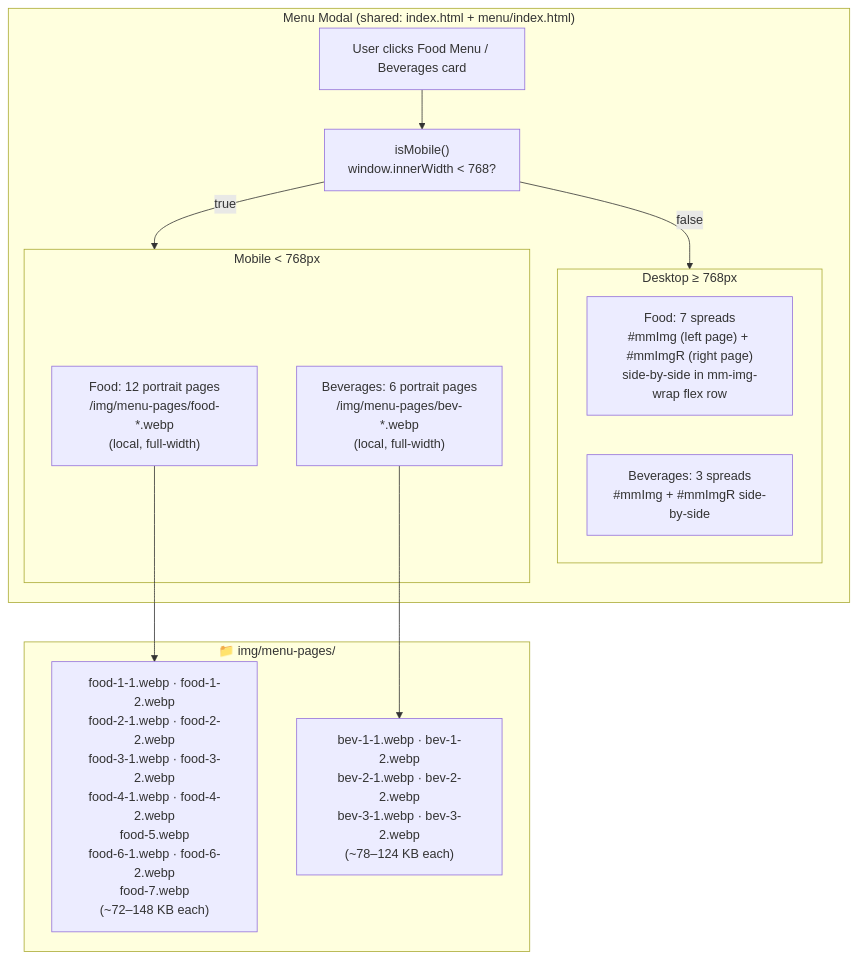
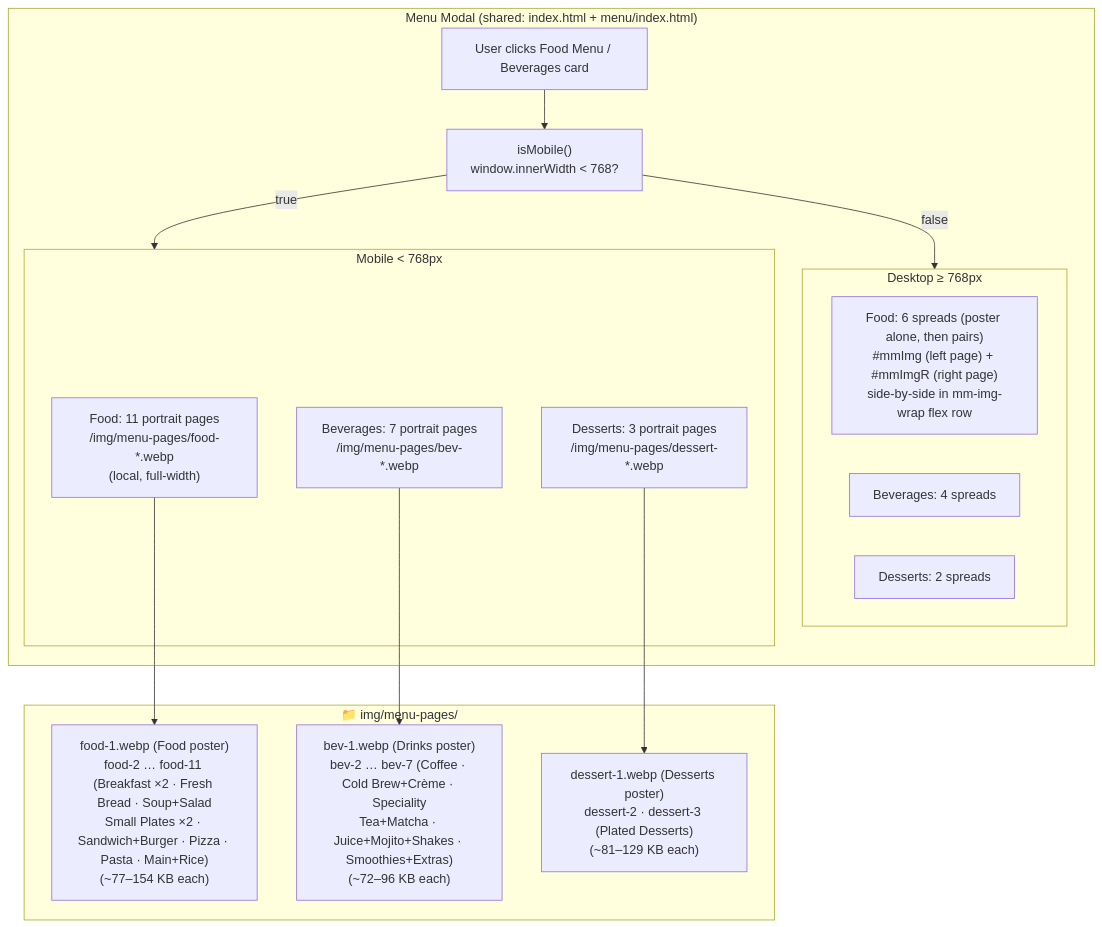
The third of 7 diagrams in SITEMAP.md (mahesh9403/Cafe-110-v2), drawn with Mermaid before and after one commit. The commit also changed other lines of this file and 44 other files, not shown here.

````diff
--- a/SITEMAP.md
+++ b/SITEMAP.md
@@ -191,29 +191,33 @@
 ```mermaid
 graph TD
     subgraph MODAL["Menu Modal (shared: index.html + menu/index.html)"]
         OPEN["User clicks Food Menu / Beverages card"]
         DETECT["isMobile()\nwindow.innerWidth < 768?"]
 
         subgraph DESKTOP["Desktop ≥ 768px"]
-            DT_FOOD["Food: 7 spreads\n#mmImg (left page) + #mmImgR (right page)\nside-by-side in mm-img-wrap flex row"]
-            DT_BEV["Beverages: 3 spreads\n#mmImg + #mmImgR side-by-side"]
+            DT_FOOD["Food: 6 spreads (poster alone, then pairs)\n#mmImg (left page) + #mmImgR (right page)\nside-by-side in mm-img-wrap flex row"]
+            DT_BEV["Beverages: 4 spreads"]
+            DT_DES["Desserts: 2 spreads"]
         end
 
         subgraph MOBILE["Mobile < 768px"]
-            MB_FOOD["Food: 12 portrait pages\n/img/menu-pages/food-*.webp\n(local, full-width)"]
-            MB_BEV["Beverages: 6 portrait pages\n/img/menu-pages/bev-*.webp\n(local, full-width)"]
+            MB_FOOD["Food: 11 portrait pages\n/img/menu-pages/food-*.webp\n(local, full-width)"]
+            MB_BEV["Beverages: 7 portrait pages\n/img/menu-pages/bev-*.webp"]
+            MB_DES["Desserts: 3 portrait pages\n/img/menu-pages/dessert-*.webp"]
         end
 
         OPEN --> DETECT
         DETECT -->|"false"| DESKTOP
         DETECT -->|"true"| MOBILE
     end
 
     subgraph MOBILE_IMGS["📁 img/menu-pages/"]
-        FM["food-1-1.webp · food-1-2.webp\nfood-2-1.webp · food-2-2.webp\nfood-3-1.webp · food-3-2.webp\nfood-4-1.webp · food-4-2.webp\nfood-5.webp\nfood-6-1.webp · food-6-2.webp\nfood-7.webp\n(~72–148 KB each)"]
-        BM["bev-1-1.webp · bev-1-2.webp\nbev-2-1.webp · bev-2-2.webp\nbev-3-1.webp · bev-3-2.webp\n(~78–124 KB each)"]
+        FM["food-1.webp (Food poster)\nfood-2 … food-11 (Breakfast ×2 · Fresh Bread · Soup+Salad\nSmall Plates ×2 · Sandwich+Burger · Pizza · Pasta · Main+Rice)\n(~77–154 KB each)"]
+        BM["bev-1.webp (Drinks poster)\nbev-2 … bev-7 (Coffee · Cold Brew+Crème · Speciality\nTea+Matcha · Juice+Mojito+Shakes · Smoothies+Extras)\n(~72–96 KB each)"]
+        DM["dessert-1.webp (Desserts poster)\ndessert-2 · dessert-3 (Plated Desserts)\n(~81–129 KB each)"]
     end
 
     MB_FOOD --> FM
     MB_BEV --> BM
+    MB_DES --> DM
 ```
````
